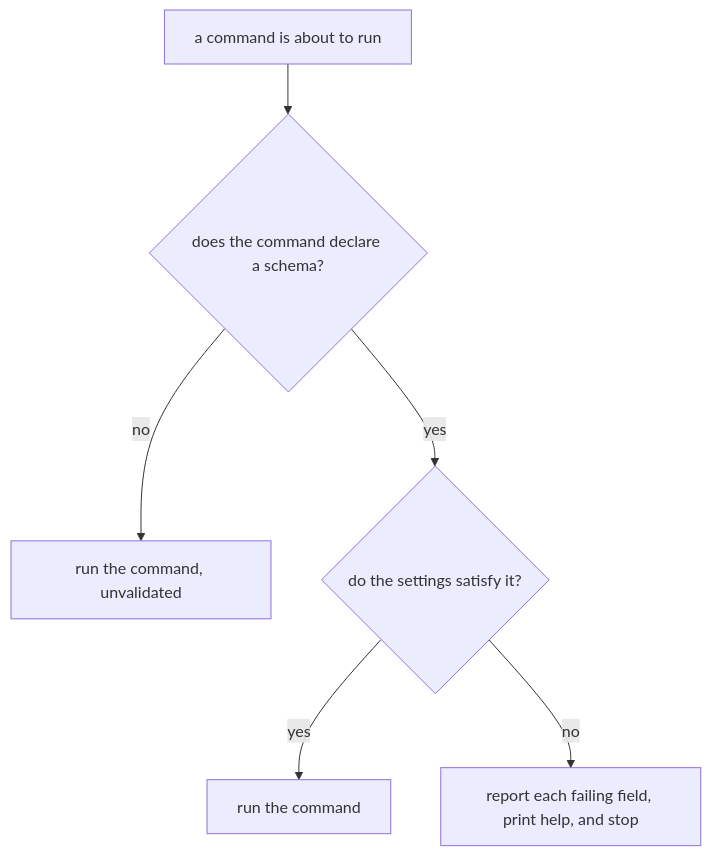
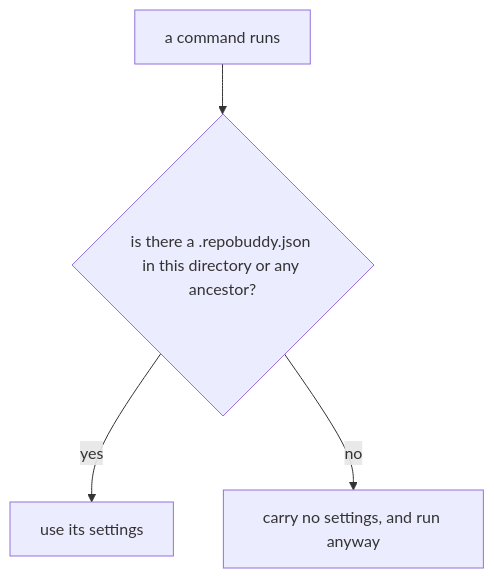
The diagram in packages/buddy/.agents/spec/configuration/README.md (repobuddy/repobuddy), drawn with Mermaid before and after one commit. The commit also changed other lines of this file and 1 other file, not shown here.

First line of the commit message:
docs(buddy): cut configuration to the three promises repobuddy makes

````diff
--- a/packages/buddy/.agents/spec/configuration/README.md
+++ b/packages/buddy/.agents/spec/configuration/README.md
@@ -73,8 +44,6 @@
 ```mermaid
 graph TD
-    G[a command is about to run] --> H{does the command declare a schema?}
-    H -->|no| H1[run the command, unvalidated]
-    H -->|yes| I{do the settings satisfy it?}
-    I -->|yes| I1[run the command]
-    I -->|no| I2[report each failing field, print help, and stop]
+    A[a command runs] --> B{is there a .repobuddy.json in this directory or any ancestor?}
+    B -->|yes| B1[use its settings]
+    B -->|no| B2[carry no settings, and run anyway]
 ```
````
